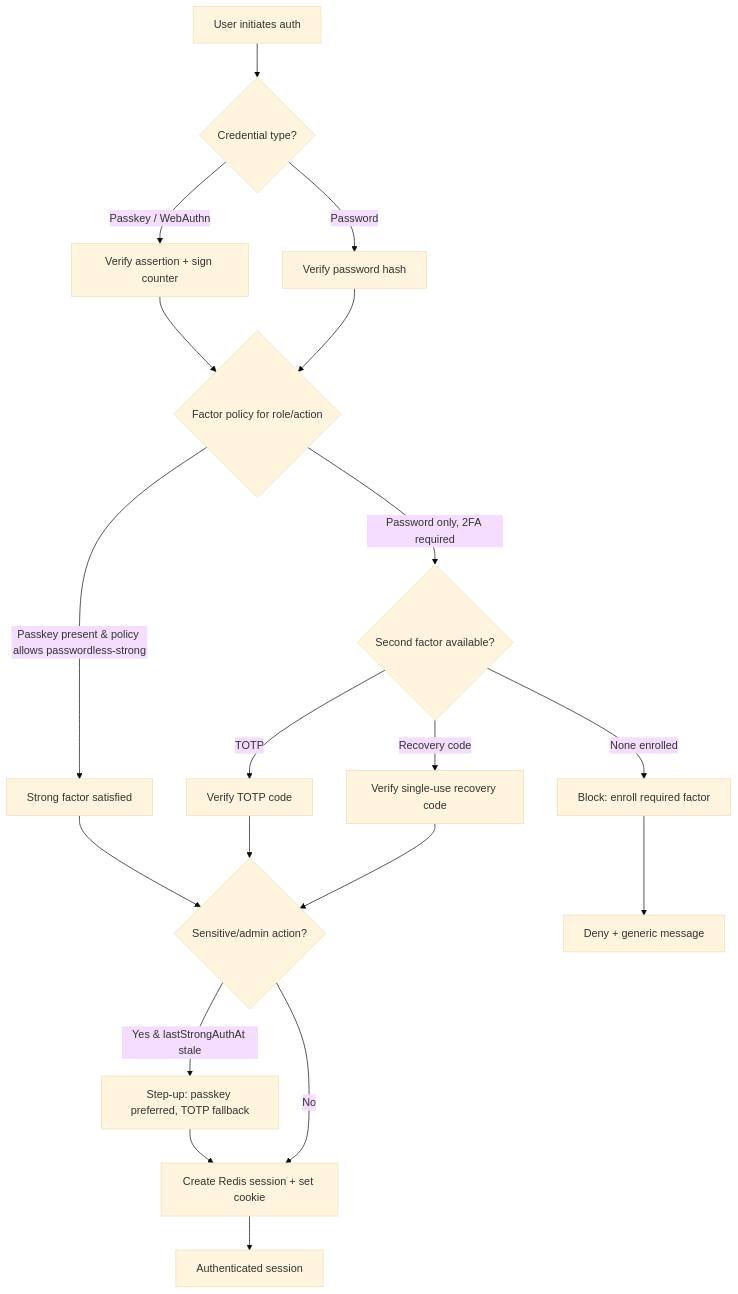
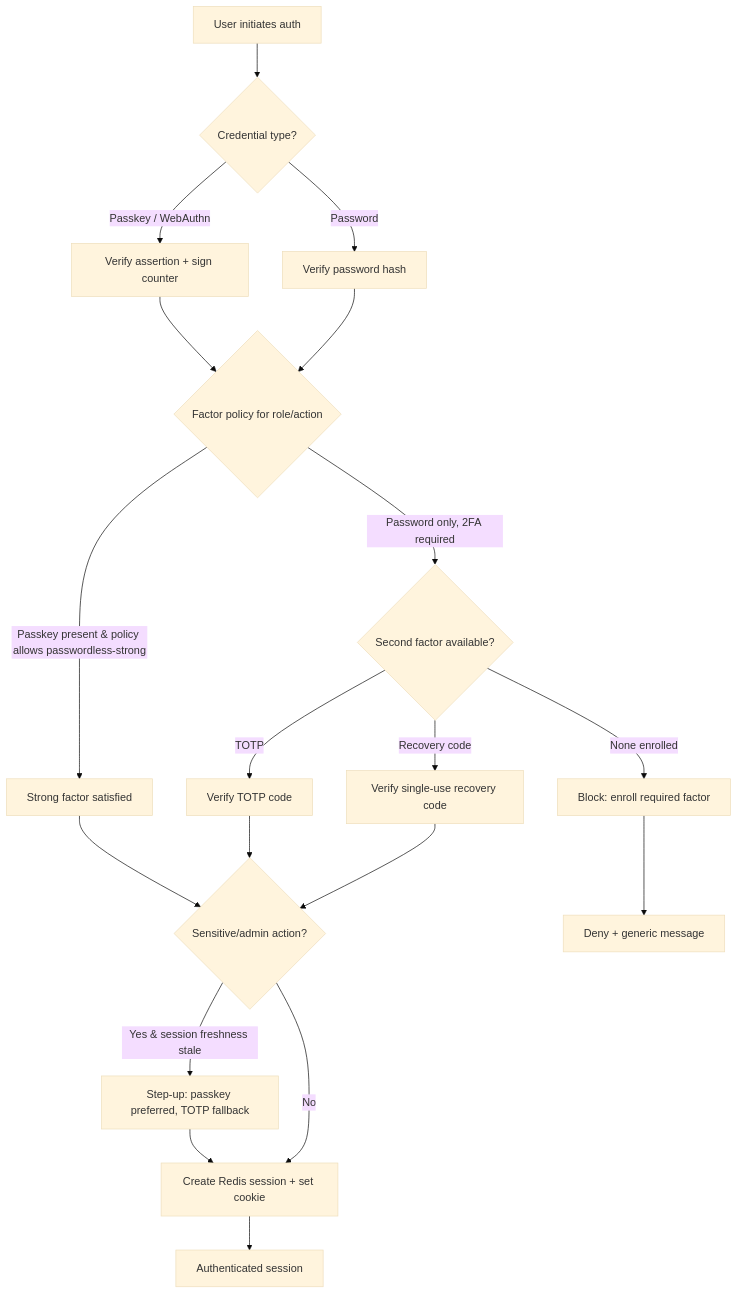
Before and after one commit to t0n003c/photography-platform: the diagram in docs/SECURITY.md, drawn with Mermaid (base theme). The commit also changed other lines of this file and 16 other files, not shown here.

````diff
--- a/docs/SECURITY.md
+++ b/docs/SECURITY.md
@@ -155,21 +157,21 @@
 ```mermaid
 flowchart TD
     A[User initiates auth] --> B{Credential type?}
     B -->|Passkey / WebAuthn| C[Verify assertion + sign counter]
     B -->|Password| D[Verify password hash]
     C --> E{Factor policy for role/action}
     D --> E
     E -->|Passkey present & policy allows passwordless-strong| F[Strong factor satisfied]
     E -->|Password only, 2FA required| G{Second factor available?}
     G -->|TOTP| H[Verify TOTP code]
     G -->|Recovery code| I[Verify single-use recovery code]
     G -->|None enrolled| J[Block: enroll required factor]
     H --> K{Sensitive/admin action?}
     I --> K
     F --> K
-    K -->|Yes & lastStrongAuthAt stale| L[Step-up: passkey preferred, TOTP fallback]
+    K -->|Yes & session freshness stale| L[Step-up: passkey preferred, TOTP fallback]
     K -->|No| M[Create Redis session + set cookie]
     L --> M
     J --> N[Deny + generic message]
     M --> O[Authenticated session]
 ```
````
